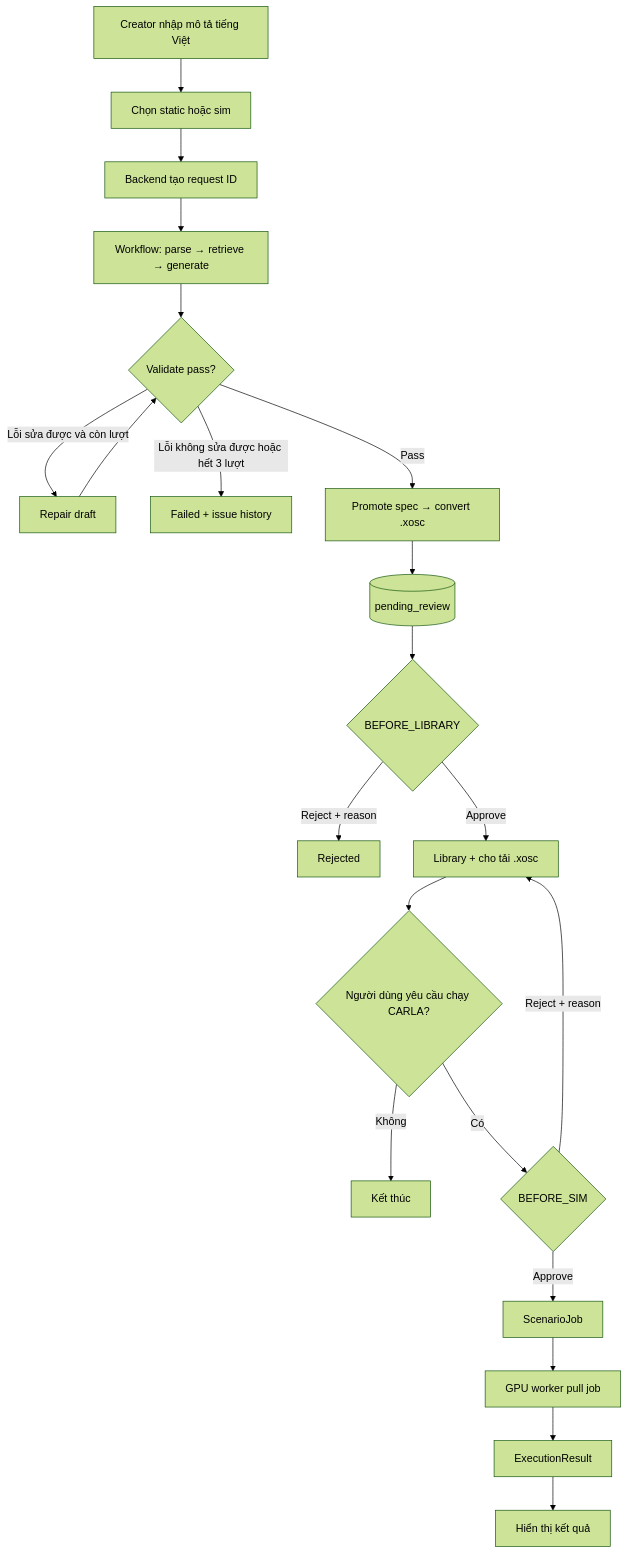
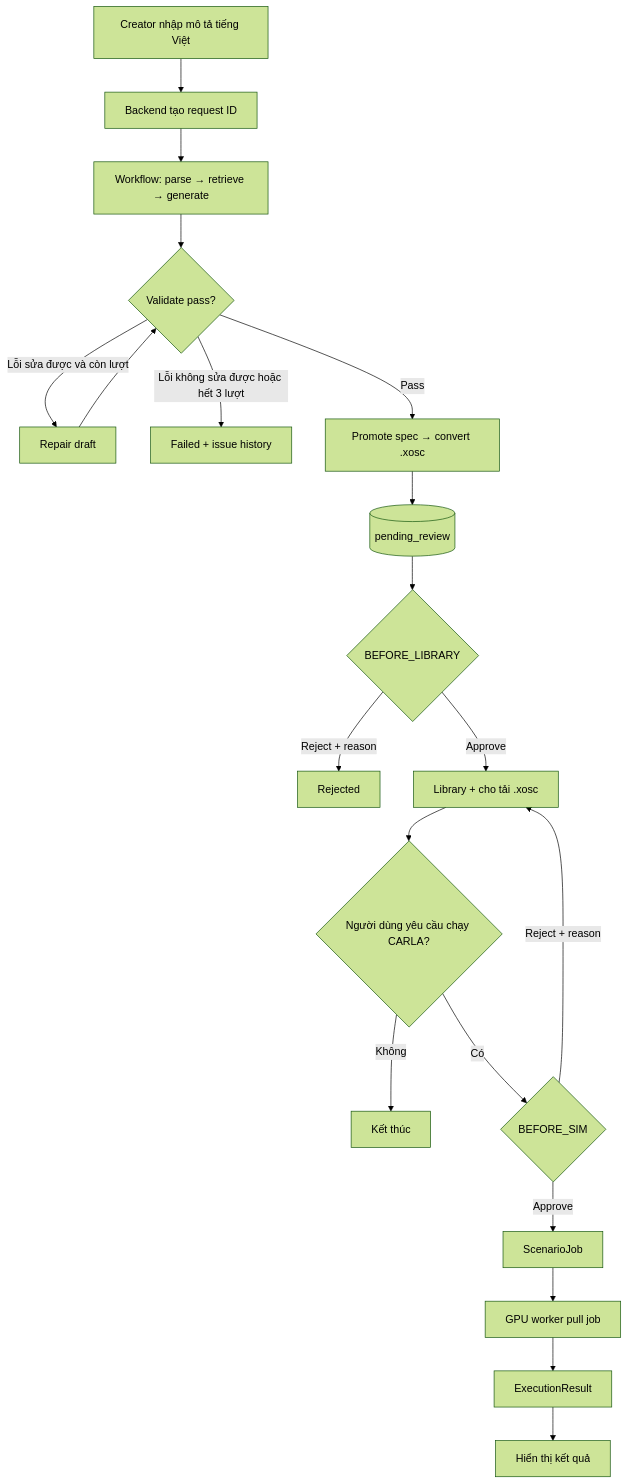
Before and after one commit to Menakanchi/nextjs-boilerplate: the first of 2 diagrams in docs/gate-1/03-wireframe-ui-flow.md, drawn with Mermaid (forest theme). The commit also changed other lines of this file and 6 other files, not shown here.

````diff
--- a/docs/gate-1/03-wireframe-ui-flow.md
+++ b/docs/gate-1/03-wireframe-ui-flow.md
@@ -37,23 +37,22 @@
 ```mermaid
 flowchart TD
-    A[Creator nhập mô tả tiếng Việt] --> B[Chọn static hoặc sim]
-    B --> C[Backend tạo request ID]
+    A[Creator nhập mô tả tiếng Việt] --> C[Backend tạo request ID]
     C --> D[Workflow: parse → retrieve → generate]
     D --> E{Validate pass?}
     E -->|Lỗi sửa được và còn lượt| F[Repair draft]
     F --> E
     E -->|Lỗi không sửa được hoặc hết 3 lượt| G[Failed + issue history]
     E -->|Pass| H[Promote spec → convert .xosc]
     H --> I[(pending_review)]
     I --> J{BEFORE_LIBRARY}
     J -->|Reject + reason| K[Rejected]
     J -->|Approve| L[Library + cho tải .xosc]
     L --> M{Người dùng yêu cầu chạy CARLA?}
     M -->|Không| N[Kết thúc]
     M -->|Có| O{BEFORE_SIM}
     O -->|Reject + reason| L
     O -->|Approve| P[ScenarioJob]
     P --> Q[GPU worker pull job]
     Q --> R[ExecutionResult]
     R --> S[Hiển thị kết quả]
 ```
````
